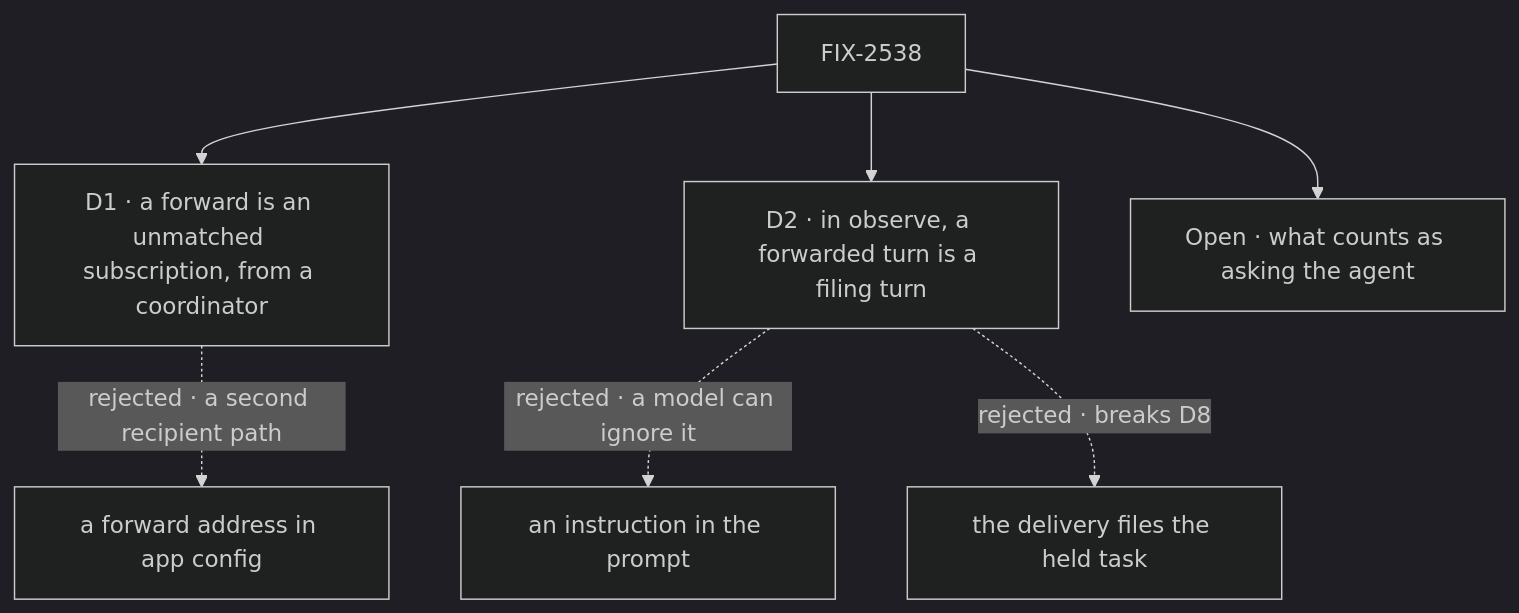
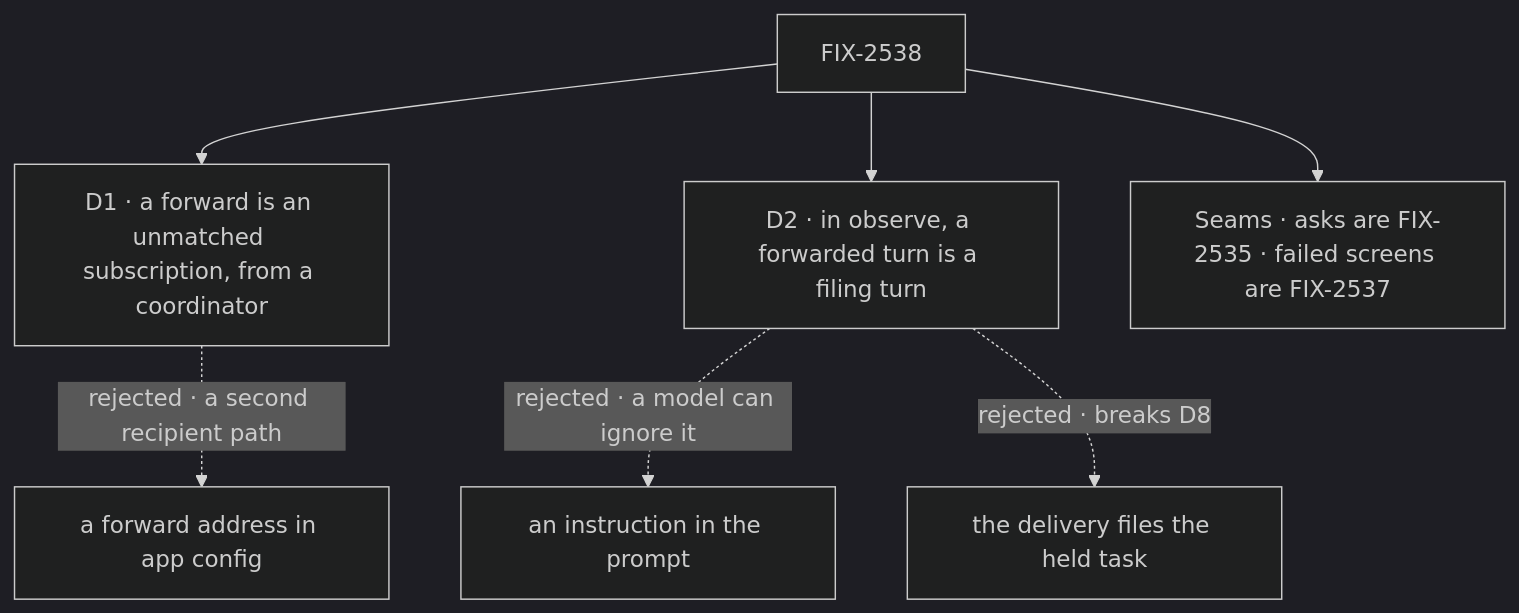
Before and after one commit to fixpoint-labs/flow-state-dev: the diagram in specs/issues/FIX-2538/DECISIONS.md, drawn with Mermaid (dark theme). The commit also changed other lines of this file and 4 other files, not shown here.

````diff
--- a/specs/issues/FIX-2538/DECISIONS.md
+++ b/specs/issues/FIX-2538/DECISIONS.md
@@ -10,9 +9,9 @@
 ```mermaid
 flowchart TD
   I["FIX-2538"] --> D1["D1 · a forward is an unmatched subscription, from a coordinator"]
   D1 -.->|"rejected · a second recipient path"| X1["a forward address in app config"]
   I --> D2["D2 · in observe, a forwarded turn is a filing turn"]
   D2 -.->|"rejected · a model can ignore it"| X2["an instruction in the prompt"]
   D2 -.->|"rejected · breaks D8"| X3["the delivery files the held task"]
-  I --> O["Open · what counts as asking the agent"]
+  I --> S["Seams · asks are FIX-2535 · failed screens are FIX-2537"]
 ```
````
